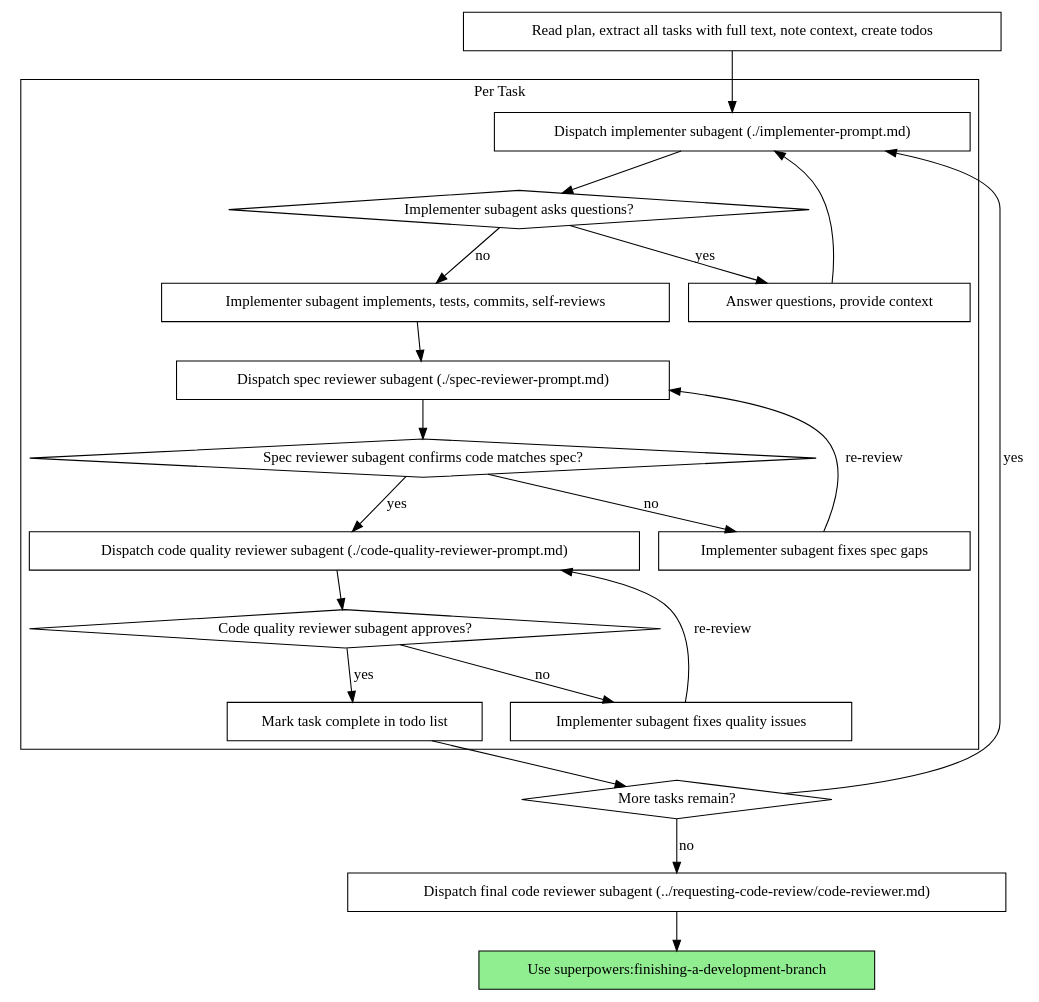
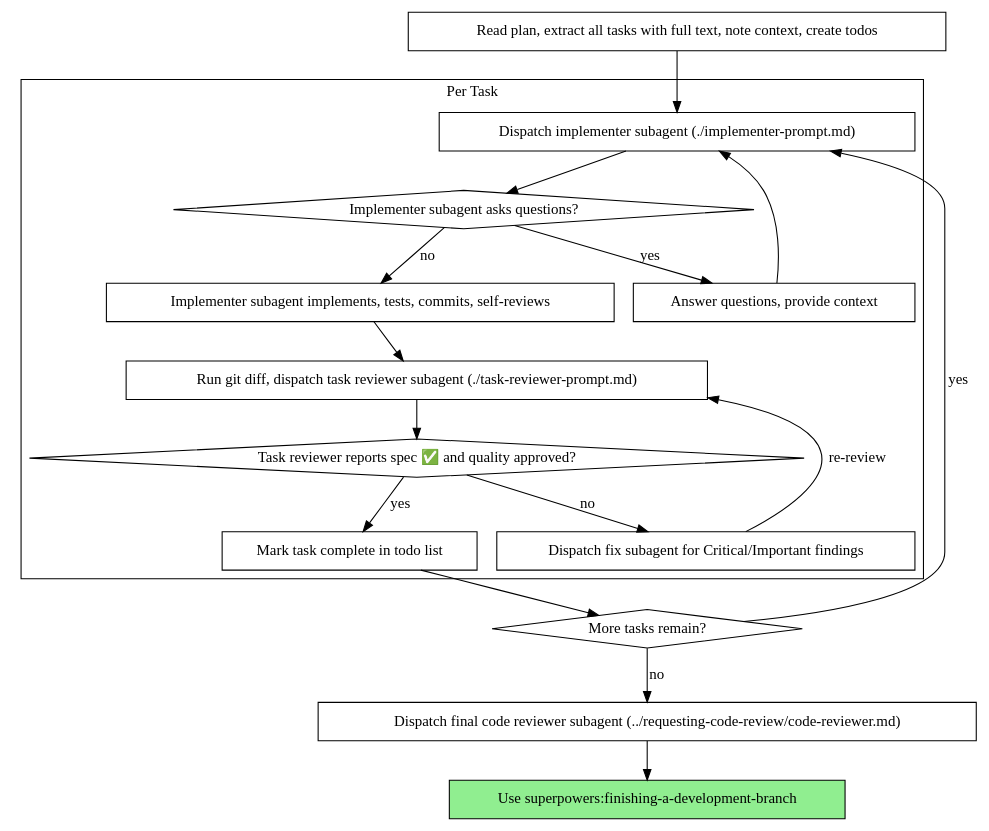
The second of 2 diagrams in skills/subagent-driven-development/SKILL.md (pickleshell/next-level-agent), drawn with Graphviz before and after one commit. The commit also changed other lines of this file and 6 other files, not shown here.

First line of the commit message:
Merge per-task reviews into one task reviewer (iteration 2)

````diff
--- a/skills/subagent-driven-development/SKILL.md
+++ b/skills/subagent-driven-development/SKILL.md
@@ -44,44 +44,37 @@
 ```dot
 digraph process {
     rankdir=TB;
 
     subgraph cluster_per_task {
         label="Per Task";
         "Dispatch implementer subagent (./implementer-prompt.md)" [shape=box];
         "Implementer subagent asks questions?" [shape=diamond];
         "Answer questions, provide context" [shape=box];
         "Implementer subagent implements, tests, commits, self-reviews" [shape=box];
-        "Dispatch spec reviewer subagent (./spec-reviewer-prompt.md)" [shape=box];
-        "Spec reviewer subagent confirms code matches spec?" [shape=diamond];
-        "Implementer subagent fixes spec gaps" [shape=box];
-        "Dispatch code quality reviewer subagent (./code-quality-reviewer-prompt.md)" [shape=box];
-        "Code quality reviewer subagent approves?" [shape=diamond];
-        "Implementer subagent fixes quality issues" [shape=box];
+        "Run git diff, dispatch task reviewer subagent (./task-reviewer-prompt.md)" [shape=box];
+        "Task reviewer reports spec ✅ and quality approved?" [shape=diamond];
+        "Dispatch fix subagent for Critical/Important findings" [shape=box];
         "Mark task complete in todo list" [shape=box];
     }
 
     "Read plan, extract all tasks with full text, note context, create todos" [shape=box];
     "More tasks remain?" [shape=diamond];
     "Dispatch final code reviewer subagent (../requesting-code-review/code-reviewer.md)" [shape=box];
     "Use superpowers:finishing-a-development-branch" [shape=box style=filled fillcolor=lightgreen];
 
     "Read plan, extract all tasks with full text, note context, create todos" -> "Dispatch implementer subagent (./implementer-prompt.md)";
     "Dispatch implementer subagent (./implementer-prompt.md)" -> "Implementer subagent asks questions?";
     "Implementer subagent asks questions?" -> "Answer questions, provide context" [label="yes"];
     "Answer questions, provide context" -> "Dispatch implementer subagent (./implementer-prompt.md)";
     "Implementer subagent asks questions?" -> "Implementer subagent implements, tests, commits, self-reviews" [label="no"];
-    "Implementer subagent implements, tests, commits, self-reviews" -> "Dispatch spec reviewer subagent (./spec-reviewer-prompt.md)";
-    "Dispatch spec reviewer subagent (./spec-reviewer-prompt.md)" -> "Spec reviewer subagent confirms code matches spec?";
-    "Spec reviewer subagent confirms code matches spec?" -> "Implementer subagent fixes spec gaps" [label="no"];
-    "Implementer subagent fixes spec gaps" -> "Dispatch spec reviewer subagent (./spec-reviewer-prompt.md)" [label="re-review"];
-    "Spec reviewer subagent confirms code matches spec?" -> "Dispatch code quality reviewer subagent (./code-quality-reviewer-prompt.md)" [label="yes"];
-    "Dispatch code quality reviewer subagent (./code-quality-reviewer-prompt.md)" -> "Code quality reviewer subagent approves?";
-    "Code quality reviewer subagent approves?" -> "Implementer subagent fixes quality issues" [label="no"];
-    "Implementer subagent fixes quality issues" -> "Dispatch code quality reviewer subagent (./code-quality-reviewer-prompt.md)" [label="re-review"];
-    "Code quality reviewer subagent approves?" -> "Mark task complete in todo list" [label="yes"];
+    "Implementer subagent implements, tests, commits, self-reviews" -> "Run git diff, dispatch task reviewer subagent (./task-reviewer-prompt.md)";
+    "Run git diff, dispatch task reviewer subagent (./task-reviewer-prompt.md)" -> "Task reviewer reports spec ✅ and quality approved?";
+    "Task reviewer reports spec ✅ and quality approved?" -> "Dispatch fix subagent for Critical/Important findings" [label="no"];
+    "Dispatch fix subagent for Critical/Important findings" -> "Run git diff, dispatch task reviewer subagent (./task-reviewer-prompt.md)" [label="re-review"];
+    "Task reviewer reports spec ✅ and quality approved?" -> "Mark task complete in todo list" [label="yes"];
     "Mark task complete in todo list" -> "More tasks remain?";
     "More tasks remain?" -> "Dispatch implementer subagent (./implementer-prompt.md)" [label="yes"];
     "More tasks remain?" -> "Dispatch final code reviewer subagent (../requesting-code-review/code-reviewer.md)" [label="no"];
     "Dispatch final code reviewer subagent (../requesting-code-review/code-reviewer.md)" -> "Use superpowers:finishing-a-development-branch";
 }
 ```
````
